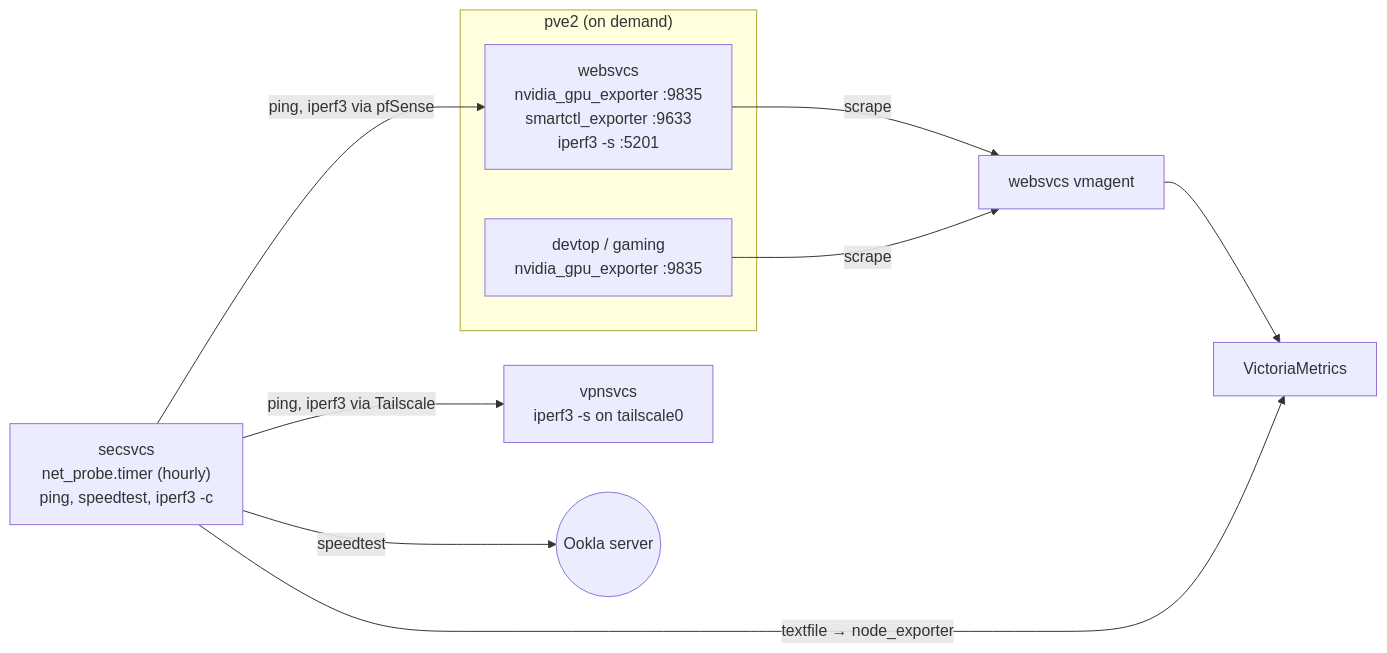
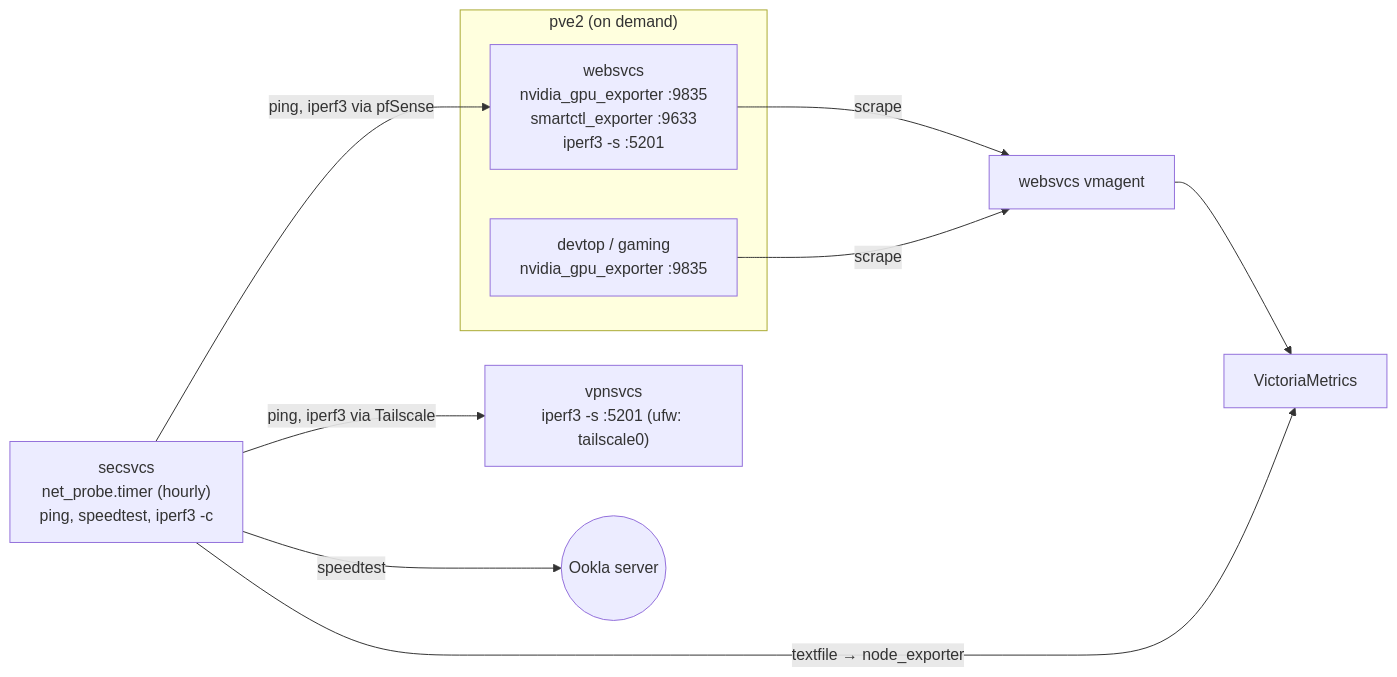
The diagram in planning/hardware-monitoring/spec.md (babraham123/homelab), drawn with Mermaid before and after one commit. The commit also changed other lines of this file and 39 other files, not shown here.

````diff
--- a/planning/hardware-monitoring/spec.md
+++ b/planning/hardware-monitoring/spec.md
@@ -68,18 +68,18 @@
 ```mermaid
 flowchart LR
     subgraph pve2["pve2 (on demand)"]
         p4["websvcs<br/>nvidia_gpu_exporter :9835<br/>smartctl_exporter :9633<br/>iperf3 -s :5201"]
         desk["devtop / gaming<br/>nvidia_gpu_exporter :9835"]
     end
-    vps["vpnsvcs<br/>iperf3 -s on tailscale0"]
+    vps["vpnsvcs<br/>iperf3 -s :5201 (ufw: tailscale0)"]
     sec["secsvcs<br/>net_probe.timer (hourly)<br/>ping, speedtest, iperf3 -c"]
     inet(("Ookla server"))
     vmagent["websvcs vmagent"]
     vm["VictoriaMetrics"]
 
     p4 & desk -- "scrape" --> vmagent --> vm
     sec -- "ping, iperf3 via pfSense" --> p4
     sec -- "ping, iperf3 via Tailscale" --> vps
     sec -- "speedtest" --> inet
     sec -- "textfile → node_exporter" --> vm
 ```
````
